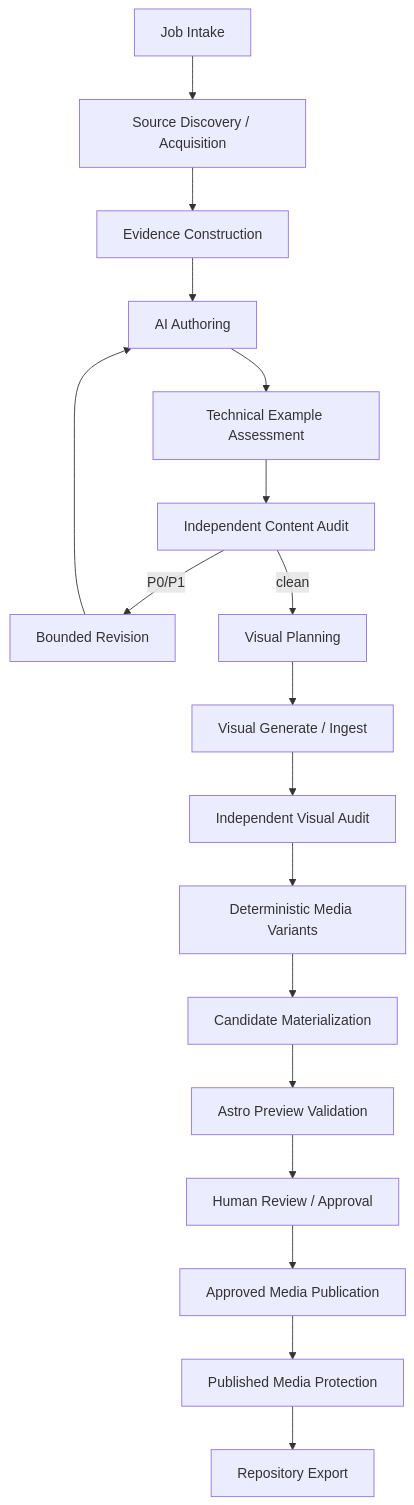
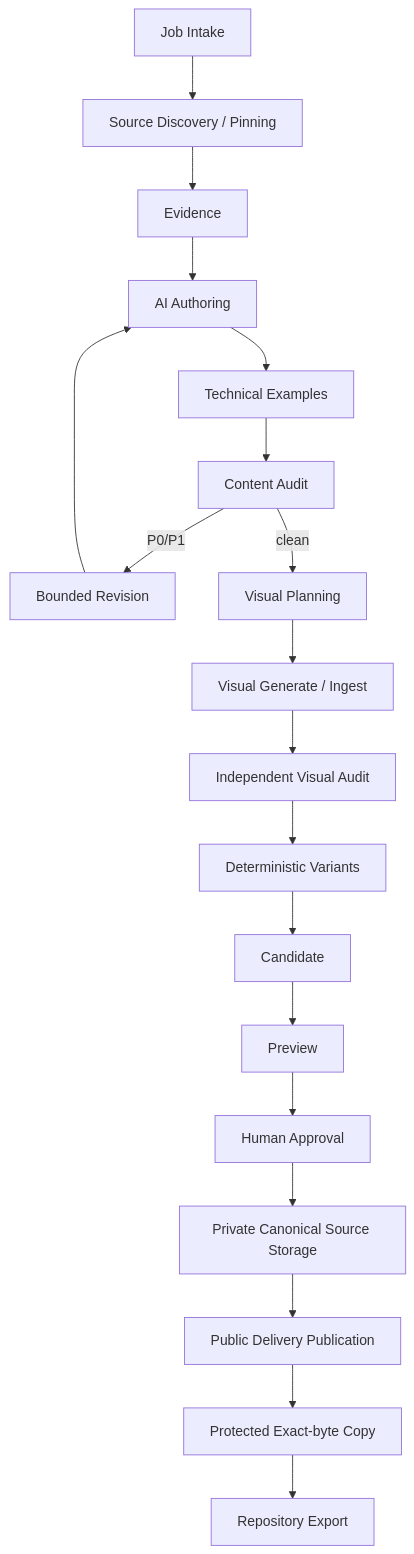
One commit to Xpotato1024/xpotato-site changed the diagram in docs/architecture/article-pipeline.md. Above: the diagram before and after it, drawn with Mermaid. The commit also changed other lines of this file, not shown here.

Commit message:
Add canonical media source persistence to Article Job

````diff
--- a/docs/architecture/article-pipeline.md
+++ b/docs/architecture/article-pipeline.md
@@ -23,24 +19,13 @@
 ```mermaid
 flowchart TD
-    A[Job Intake]
-    B[Source Discovery / Acquisition]
-    C[Evidence Construction]
-    D[AI Authoring]
-    E[Technical Example Assessment]
-    F[Independent Content Audit]
-    G[Bounded Revision]
-    H[Visual Planning]
-    I[Visual Generate / Ingest]
-    J[Independent Visual Audit]
-    IV[Deterministic Media Variants]
-    K[Candidate Materialization]
-    L[Astro Preview Validation]
-    M[Human Review / Approval]
-    N[Approved Media Publication]
-    O[Published Media Protection]
-    P[Repository Export]
-
-    A --> B --> C --> D --> E --> F
-    F -->|P0/P1| G --> D
-    F -->|clean| H --> I --> J --> IV --> K --> L --> M --> N --> O --> P
+    A[Job Intake] --> B[Source Discovery / Pinning] --> C[Evidence]
+    C --> D[AI Authoring] --> E[Technical Examples] --> F[Content Audit]
+    F -->|P0/P1| G[Bounded Revision] --> D
+    F -->|clean| H[Visual Planning] --> I[Visual Generate / Ingest]
+    I --> J[Independent Visual Audit] --> K[Deterministic Variants]
+    K --> L[Candidate] --> M[Preview] --> N[Human Approval]
+    N --> S[Private Canonical Source Storage]
+    S --> O[Public Delivery Publication]
+    O --> P[Protected Exact-byte Copy]
+    P --> Q[Repository Export]
 ```
````
